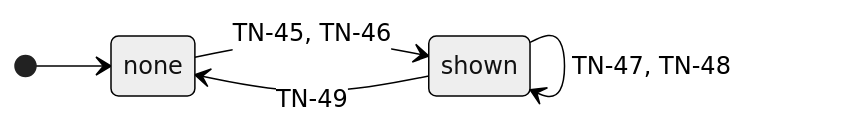
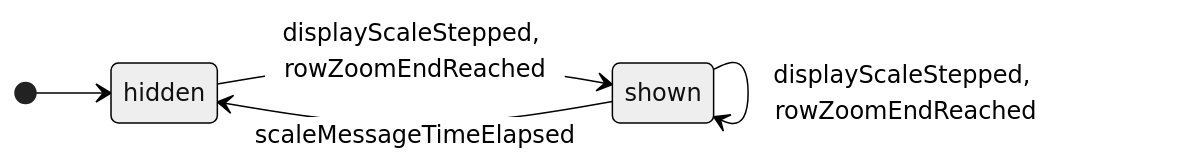
Before and after one commit to GoodRelax/gr-scheduler: diagram 11 of 14 in docs/spec/_assets/tbl-state-machines.md, drawn with Mermaid (neutral theme). The commit also changed other lines of this file and 22 other files, not shown here.

````diff
--- a/docs/spec/_assets/tbl-state-machines.md
+++ b/docs/spec/_assets/tbl-state-machines.md
@@ -315,10 +354,10 @@
 ```mermaid
 stateDiagram-v2
     direction LR
-    [*] --> screen_scaleMessage_none
-    screen_scaleMessage_none : none
-    screen_scaleMessage_shown : shown
-    screen_scaleMessage_none --> screen_scaleMessage_shown : TN-45, TN-46
-    screen_scaleMessage_shown --> screen_scaleMessage_shown : TN-47, TN-48
-    screen_scaleMessage_shown --> screen_scaleMessage_none : TN-49
+    [*] --> scaleMessageDisplayStateMachine_hidden
+    scaleMessageDisplayStateMachine_hidden : hidden
+    scaleMessageDisplayStateMachine_shown : shown
+    scaleMessageDisplayStateMachine_hidden --> scaleMessageDisplayStateMachine_shown : displayScaleStepped, rowZoomEndReached
+    scaleMessageDisplayStateMachine_shown --> scaleMessageDisplayStateMachine_shown : displayScaleStepped, rowZoomEndReached
+    scaleMessageDisplayStateMachine_shown --> scaleMessageDisplayStateMachine_hidden : scaleMessageTimeElapsed
 ```
````
